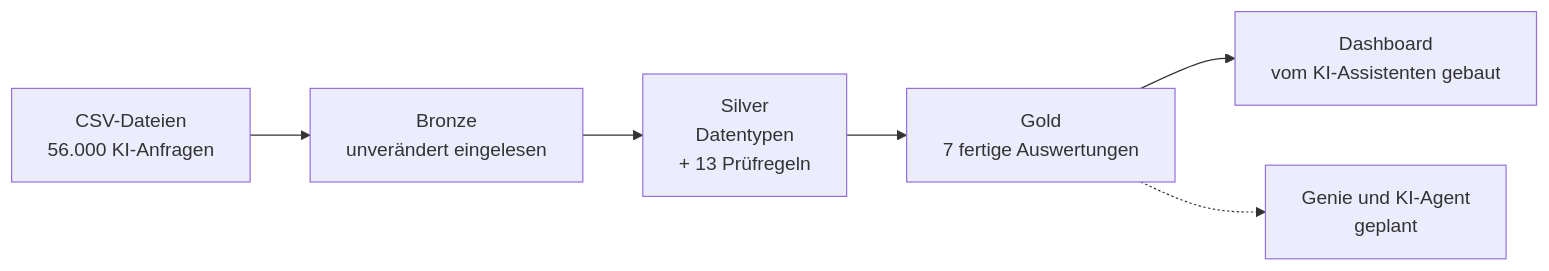
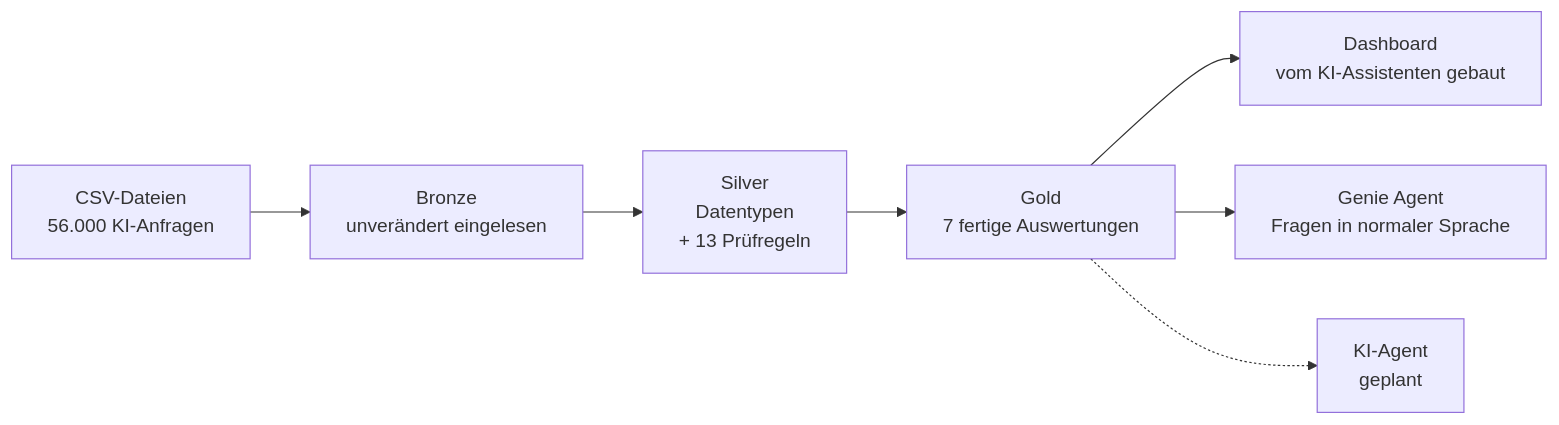
Before and after one commit to lea-zimmer-data/ki-nutzung-kosten-lakehouse: the diagram in README.md, drawn with Mermaid. The commit also changed other lines of this file, not shown here.

Commit message:
Update README for Genie Agent completion status

````diff
--- a/README.md
+++ b/README.md
@@ -39,8 +39,9 @@
 ```mermaid
 flowchart LR
     A[CSV-Dateien<br/>56.000 KI-Anfragen] --> B[Bronze<br/>unverändert eingelesen]
     B --> C[Silver<br/>Datentypen<br/>+ 13 Prüfregeln]
     C --> D[Gold<br/>7 fertige Auswertungen]
     D --> E[Dashboard<br/>vom KI-Assistenten gebaut]
-    D -.-> F[Genie und KI-Agent<br/>geplant]
+    D --> F[Genie Agent<br/>Fragen in normaler Sprache]
+    D -.-> G[KI-Agent<br/>geplant]
 ```
````
